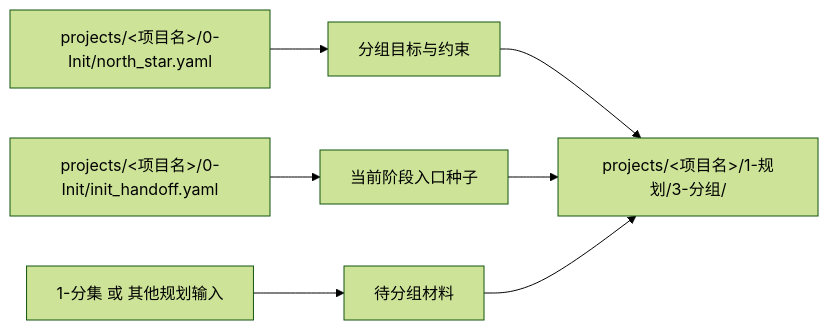
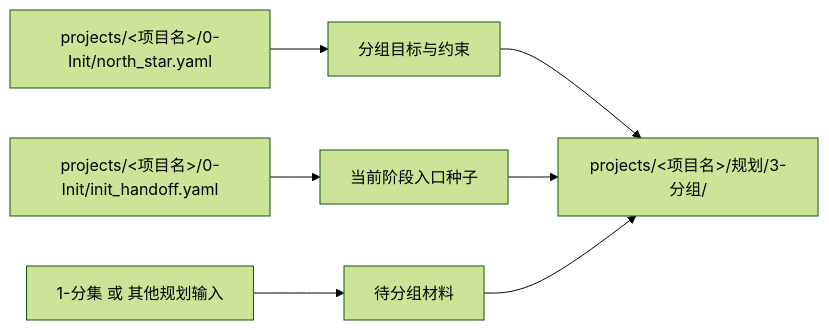
The second of 2 diagrams in .agents/skills/aigc/1-规划/subtypes/3-分组/SKILL.md (ZEN-VOID/AI-CUT), drawn with Mermaid (forest theme) before and after one commit. The commit also changed other lines of this file and 70 other files, not shown here.

````diff
--- a/.agents/skills/aigc/1-规划/subtypes/3-分组/SKILL.md
+++ b/.agents/skills/aigc/1-规划/subtypes/3-分组/SKILL.md
@@ -87,9 +87,9 @@
 ```mermaid
 flowchart LR
     A["projects/<项目名>/0-Init/north_star.yaml"] --> B["分组目标与约束"]
     C["projects/<项目名>/0-Init/init_handoff.yaml"] --> D["当前阶段入口种子"]
     E["1-分集 或 其他规划输入"] --> F["待分组材料"]
-    B --> G["projects/<项目名>/1-规划/3-分组/"]
+    B --> G["projects/<项目名>/规划/3-分组/"]
     D --> G
     F --> G
 ```
````
